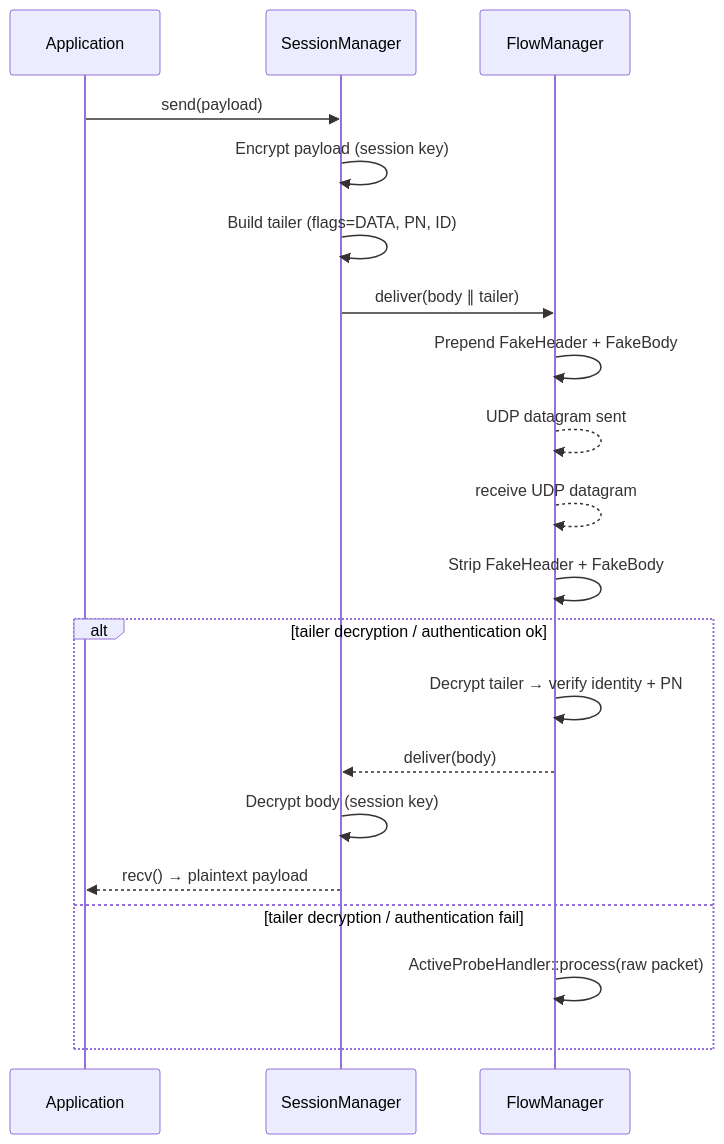
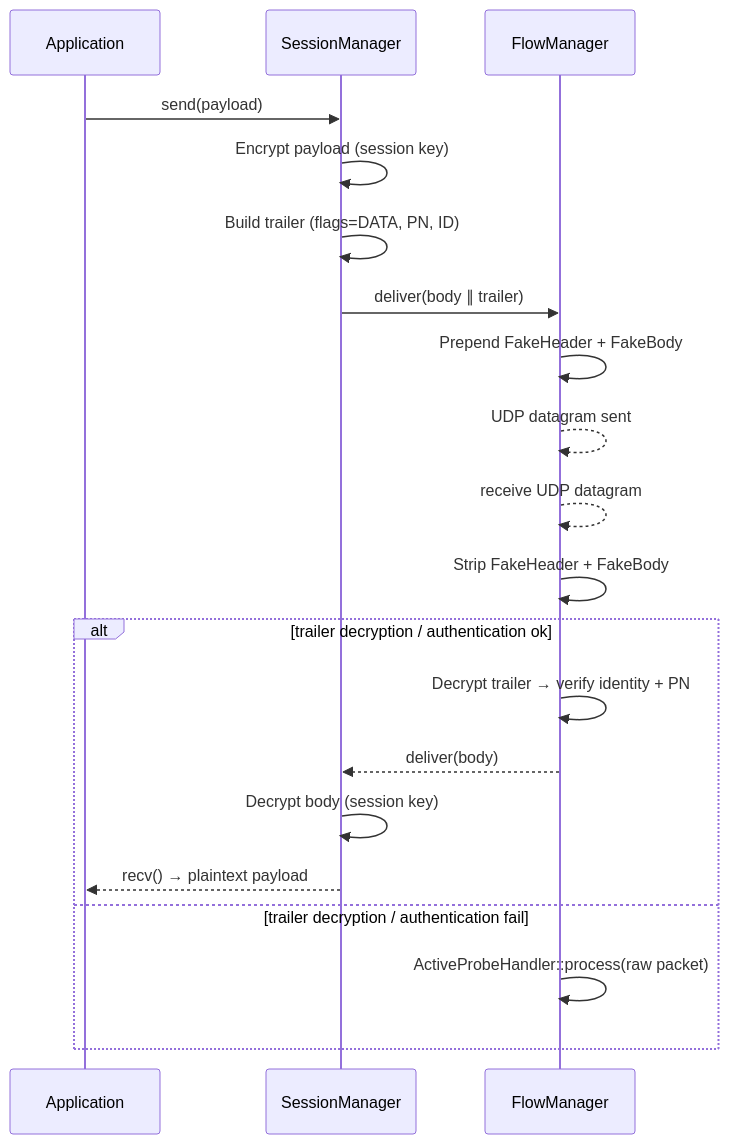
One commit to pseusys/TYPHOON changed the fourth of 13 diagrams in PROTOCOL.md. Above: the diagram before and after it, drawn with Mermaid. The commit also changed other lines of this file and 59 other files, not shown here.

````diff
--- a/PROTOCOL.md
+++ b/PROTOCOL.md
@@ -240,24 +240,24 @@
 ```mermaid
 sequenceDiagram
     participant App as Application
     participant SM as SessionManager
     participant FM as FlowManager
 
     App->>SM: send(payload)
     SM->>SM: Encrypt payload (session key)
-    SM->>SM: Build tailer (flags=DATA, PN, ID)
-    SM->>FM: deliver(body ∥ tailer)
+    SM->>SM: Build trailer (flags=DATA, PN, ID)
+    SM->>FM: deliver(body ∥ trailer)
     FM->>FM: Prepend FakeHeader + FakeBody
     FM-->>FM: UDP datagram sent
 
     FM-->>FM: receive UDP datagram
     FM->>FM: Strip FakeHeader + FakeBody
-    alt tailer decryption / authentication ok
-        FM->>FM: Decrypt tailer → verify identity + PN
+    alt trailer decryption / authentication ok
+        FM->>FM: Decrypt trailer → verify identity + PN
         FM-->>SM: deliver(body)
         SM->>SM: Decrypt body (session key)
         SM-->>App: recv() → plaintext payload
-    else tailer decryption / authentication fail
+    else trailer decryption / authentication fail
         FM->>FM: ActiveProbeHandler::process(raw packet)
     end
 ```
````
